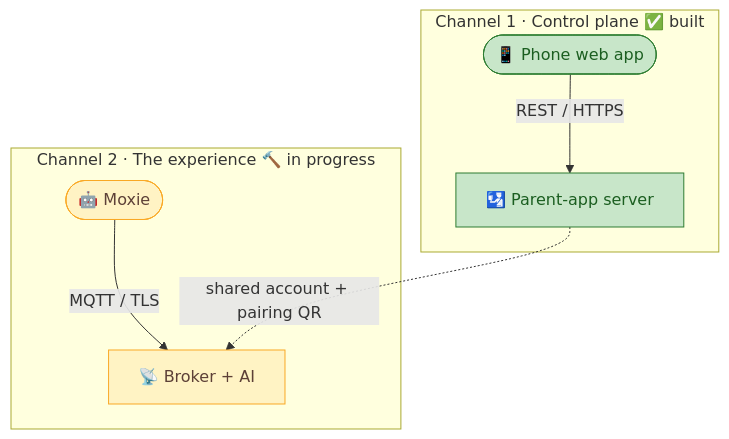
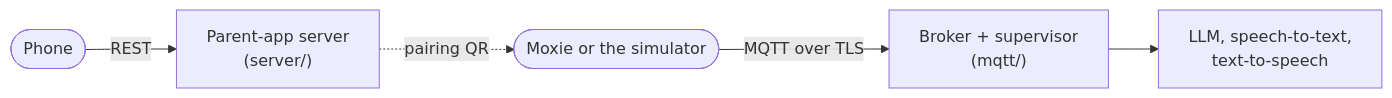
One commit to mvalancy/moxie-robot-saver changed the diagram in sim/web/docs-bundle/_root/README.md. Above: the diagram before and after it, drawn with Mermaid. The commit also changed other lines of this file and 3 other files, not shown here.

````diff
--- a/sim/web/docs-bundle/_root/README.md
+++ b/sim/web/docs-bundle/_root/README.md
@@ -65,14 +70,7 @@
 ```mermaid
-flowchart TB
-    subgraph ch1 ["Channel 1 · Control plane ✅ built"]
-        p(["📱 Phone web app"]) -->|"REST / HTTPS"| ps["🛂 Parent-app server"]
-    end
-    subgraph ch2 ["Channel 2 · The experience 🔨 in progress"]
-        m(["🤖 Moxie"]) -->|"MQTT / TLS"| mq["📡 Broker + AI"]
-    end
-    ps -. "shared account + pairing QR" .-> mq
-    classDef done fill:#c8e6c9,stroke:#2e7d32,color:#1b5e20;
-    classDef wip fill:#fff3c4,stroke:#f9a825,color:#5d4037;
-    class p,ps done;
-    class m,mq wip;
+flowchart LR
+    phone(["Phone"]) -->|"REST"| server["Parent-app server<br/>(server/)"]
+    robot(["Moxie or the simulator"]) -->|"MQTT over TLS"| broker["Broker + supervisor<br/>(mqtt/)"]
+    broker --> brain["LLM, speech-to-text,<br/>text-to-speech"]
+    server -. "pairing QR" .-> robot
 ```
````
